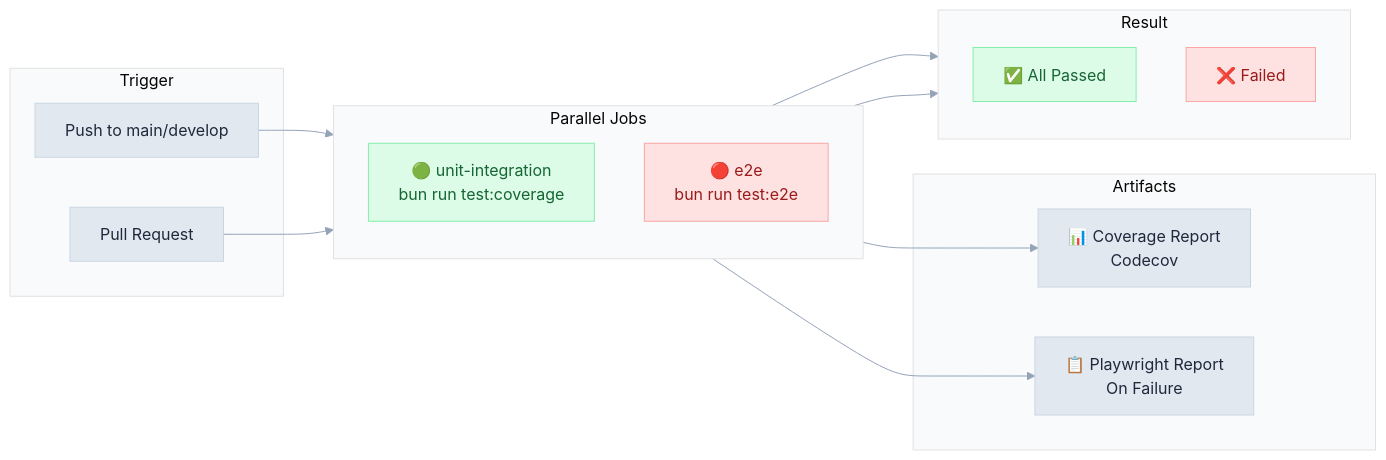
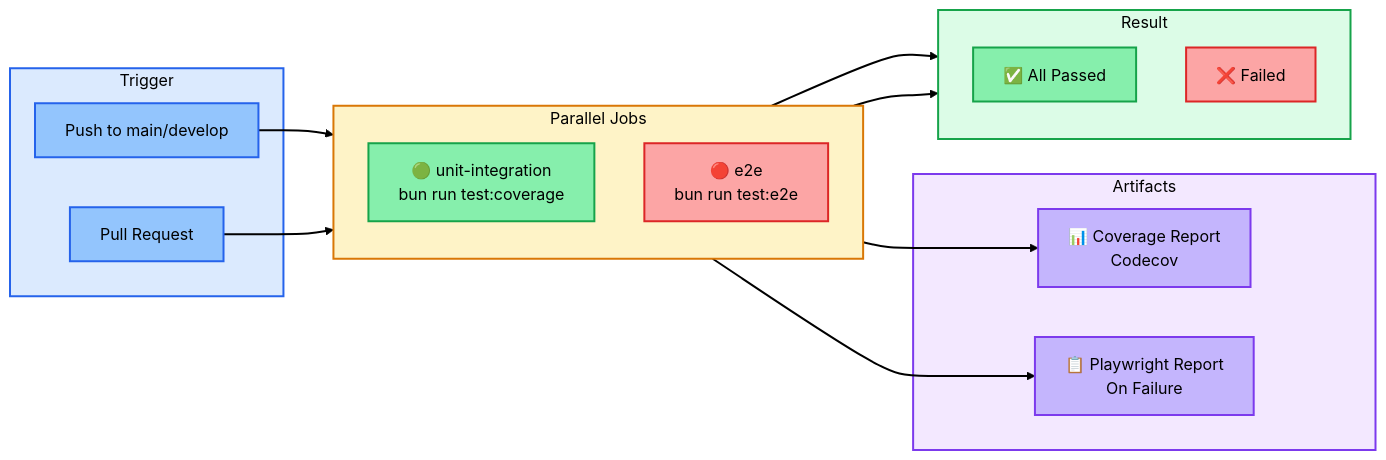
One commit to 3DHDSoft/devmultiplier-academy changed the fifth of 6 diagrams in doc/testing-strategy-nextjs.md. Above: the diagram before and after it, drawn with Mermaid. The commit also changed other lines of this file and 17 other files, not shown here.

````diff
--- a/doc/testing-strategy-nextjs.md
+++ b/doc/testing-strategy-nextjs.md
@@ -795,45 +841,57 @@
 ```mermaid
 %%{init: {'theme': 'base', 'themeVariables': {
-  'primaryColor': '#e2e8f0',
-  'primaryTextColor': '#1e293b',
-  'primaryBorderColor': '#cbd5e1',
-  'lineColor': '#94a3b8',
-  'secondaryColor': '#f1f5f9',
-  'tertiaryColor': '#f8fafc',
+  'primaryColor': '#f8fafc',
+  'primaryTextColor': '#000000',
+  'primaryBorderColor': '#2563eb',
+  'lineColor': '#000000',
+  'secondaryColor': '#fafafa',
+  'tertiaryColor': '#f5f5f5',
   'background': '#ffffff',
-  'textColor': '#334155',
+  'textColor': '#000000',
+  'edgeLabelBackground': '#f1f5f9',
   'fontFamily': 'system-ui, -apple-system, sans-serif'
-}}}%%flowchart LR
+}}}%%
+flowchart LR
     subgraph trigger ["Trigger"]
         PUSH["Push to main/develop"]
         PR["Pull Request"]
     end
 
     subgraph jobs ["Parallel Jobs"]
         direction TB
         J1["🟢 unit-integration<br/>bun run test:coverage"]
         J2["🔴 e2e<br/>bun run test:e2e"]
     end
 
     subgraph artifacts ["Artifacts"]
         COV["📊 Coverage Report<br/>Codecov"]
         REPORT["📋 Playwright Report<br/>On Failure"]
     end
 
     subgraph result ["Result"]
         PASS["✅ All Passed"]
         FAIL["❌ Failed"]
     end
 
     PUSH --> jobs
     PR --> jobs
     J1 --> COV
     J2 --> REPORT
     J1 --> result
     J2 --> result
 
-    style J1 fill:#dcfce7,stroke:#86efac,color:#166534
-    style J2 fill:#fee2e2,stroke:#fca5a5,color:#991b1b
-    style PASS fill:#dcfce7,stroke:#86efac,color:#166534
-    style FAIL fill:#fee2e2,stroke:#fca5a5,color:#991b1b
+    style trigger fill:#dbeafe,stroke:#2563eb,stroke-width:2px,color:#000000
+    style jobs fill:#fef3c7,stroke:#d97706,stroke-width:2px,color:#000000
+    style artifacts fill:#f3e8ff,stroke:#7c3aed,stroke-width:2px,color:#000000
+    style result fill:#dcfce7,stroke:#16a34a,stroke-width:2px,color:#000000
+    style PUSH fill:#93c5fd,stroke:#2563eb,color:#000000,stroke-width:2px
+    style PR fill:#93c5fd,stroke:#2563eb,color:#000000,stroke-width:2px
+    style J1 fill:#86efac,stroke:#16a34a,color:#000000,stroke-width:2px
+    style J2 fill:#fca5a5,stroke:#dc2626,color:#000000,stroke-width:2px
+    style COV fill:#c4b5fd,stroke:#7c3aed,color:#000000,stroke-width:2px
+    style REPORT fill:#c4b5fd,stroke:#7c3aed,color:#000000,stroke-width:2px
+    style PASS fill:#86efac,stroke:#16a34a,color:#000000,stroke-width:2px
+    style FAIL fill:#fca5a5,stroke:#dc2626,color:#000000,stroke-width:2px
+
+    linkStyle default stroke:#000000,stroke-width:2px
 ```
````
